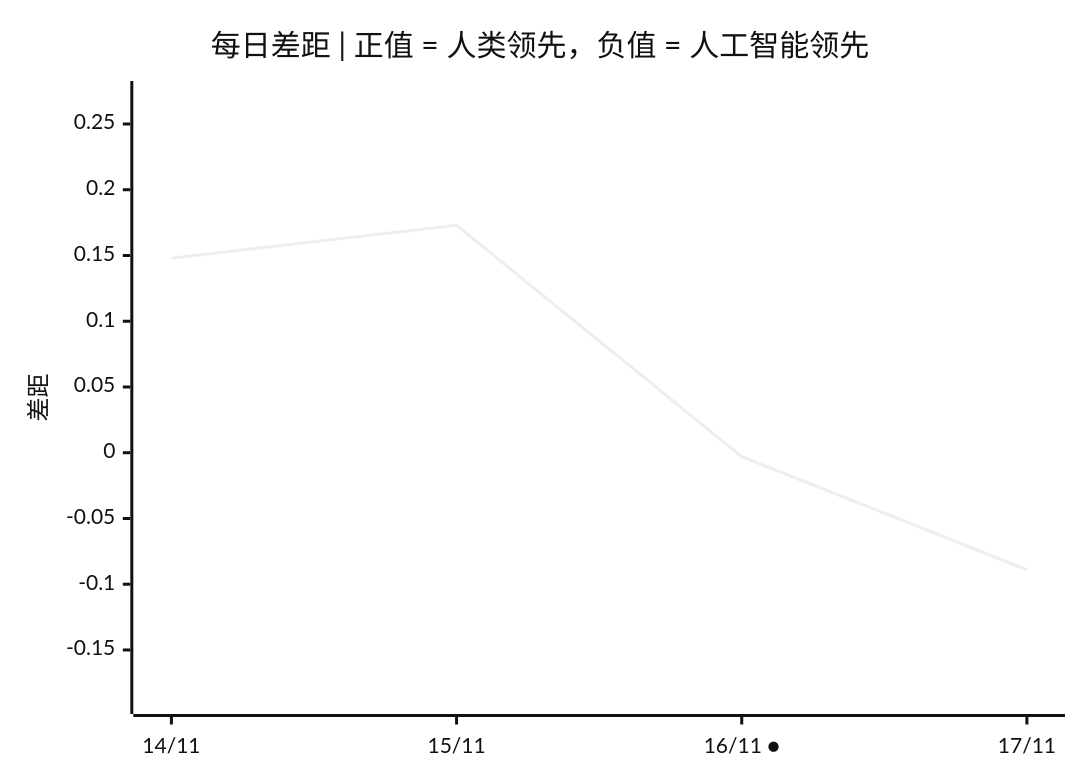
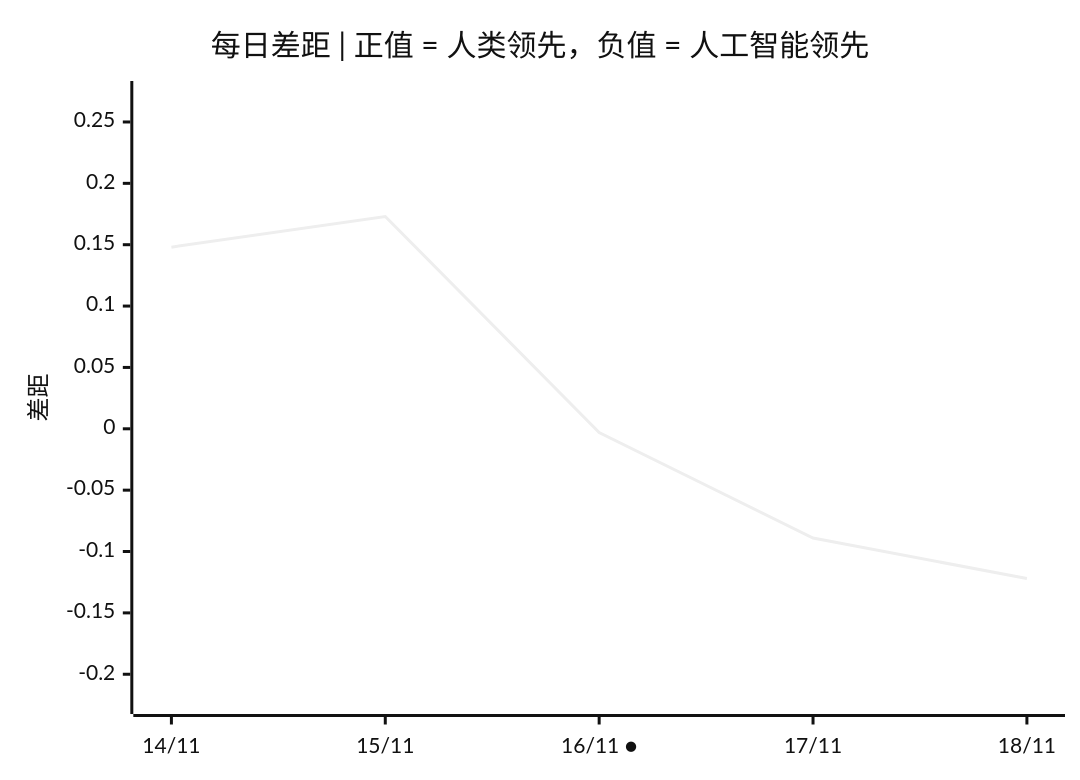
The third of 3 diagrams in README.zh.md (VQQLK/Human-AI-Monitor), drawn with Mermaid (neutral theme) before and after one commit. The commit also changed other lines of this file and 3 other files, not shown here.

````diff
--- a/README.zh.md
+++ b/README.zh.md
@@ -56,7 +56,7 @@
 ```mermaid
 xychart-beta
     title "每日差距 | 正值 = 人类领先，负值 = 人工智能领先"
-    x-axis ["14/11", "15/11", "16/11 ●", "17/11"]
-    y-axis "差距" -0.189 --> 0.273
-    line [0.148, 0.173, -0.003, -0.089]
+    x-axis ["14/11", "15/11", "16/11 ●", "17/11", "18/11"]
+    y-axis "差距" -0.222 --> 0.273
+    line [0.148, 0.173, -0.003, -0.089, -0.122]
 ```
````
